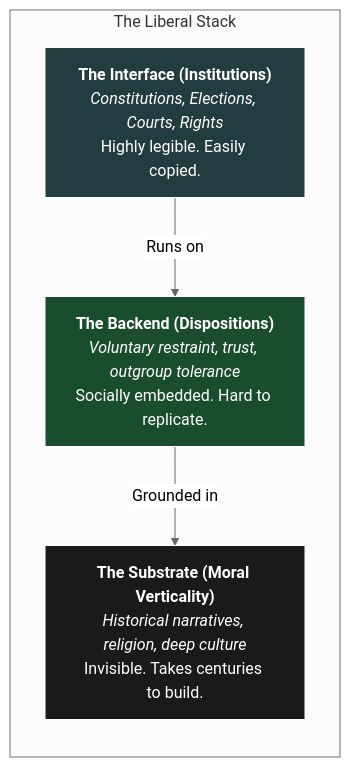
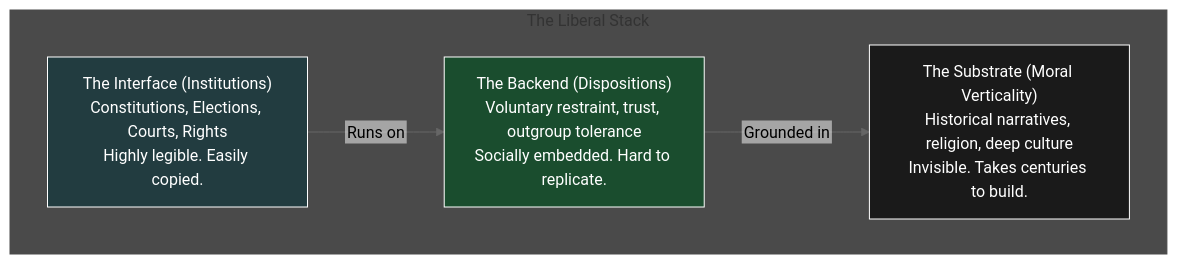
One commit to Shelbournator/thoughts changed the diagram in _posts/2026-04-01-the-liberal-interface.md. Above: the diagram before and after it, drawn with Mermaid (neutral theme).

````diff
--- a/_posts/2026-04-01-the-liberal-interface.md
+++ b/_posts/2026-04-01-the-liberal-interface.md
@@ -96,15 +96,17 @@
 ```mermaid
-graph LR
-    subgraph "The Liberal Stack"
-    L1["<b>The Interface (Institutions)</b><br><i>Constitutions, Elections, Courts, Rights</i><br>Highly legible. Easily copied."] 
-    L2["<b>The Backend (Dispositions)</b><br><i>Voluntary restraint, trust, outgroup tolerance</i><br>Socially embedded. Hard to replicate."]
-    L3["<b>The Substrate (Moral Verticality)</b><br><i>Historical narratives, religion, deep culture</i><br>Invisible. Takes centuries to build."]
+%%{init: { "flowchart": { "htmlLabels": false } } }%%
+graph TD
+    subgraph S["The Liberal Stack"]
+        L1["The Interface (Institutions)<br/>Constitutions, Elections, Courts, Rights<br/>Highly legible. Easily copied."]
+        L2["The Backend (Dispositions)<br/>Voluntary restraint, trust, outgroup tolerance<br/>Socially embedded. Hard to replicate."]
+        L3["The Substrate (Moral Verticality)<br/>Historical narratives, religion, deep culture<br/>Invisible. Takes centuries to build."]
     end
 
     L1 -->|Runs on| L2
     L2 -->|Grounded in| L3
 
+    style S fill:#4a4a4a,stroke:#4a4a4a,color:#fff
     style L1 fill:#223c40,stroke:#fff,color:#fff
     style L2 fill:#1a4d2e,stroke:#fff,color:#fff
     style L3 fill:#1a1a1a,stroke:#fff,color:#fff
 ```
````
